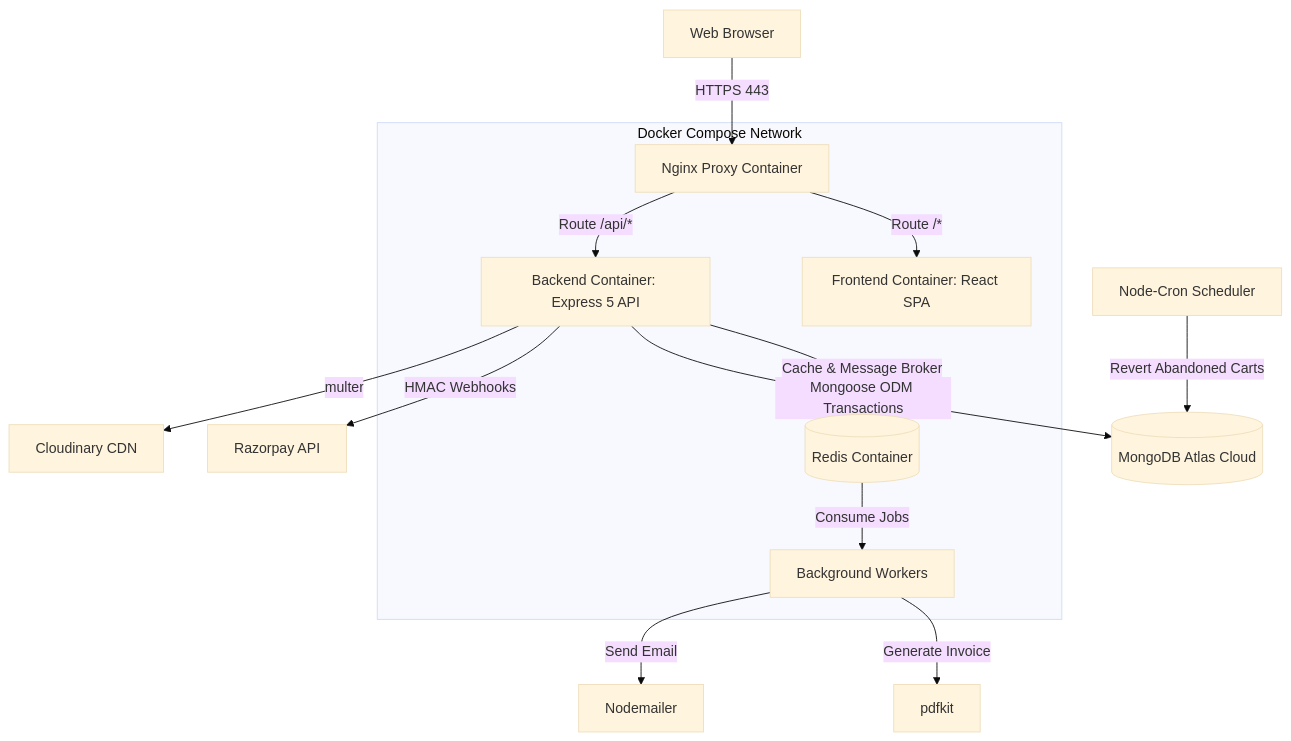
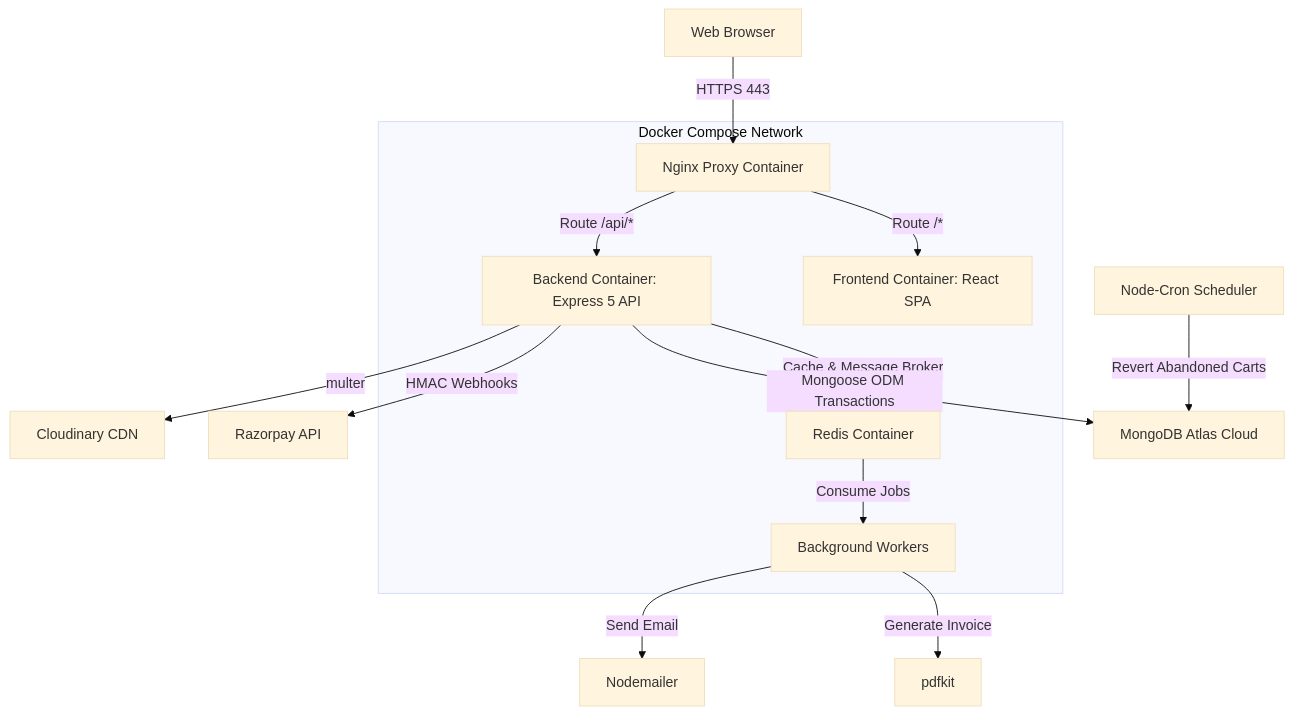
One commit to snmcodes99/MktHub changed the first of 2 diagrams in docs/architecture.md. Above: the diagram before and after it, drawn with Mermaid (base theme). The commit also changed other lines of this file and 2 other files, not shown here.

Commit message:
docs: Completely remove parenthesis and complex shapes from mermaid diagrams for max compatibility

````diff
--- a/docs/architecture.md
+++ b/docs/architecture.md
@@ -14,20 +14,20 @@
 ```mermaid
 graph TD
     Client[Web Browser] -->|HTTPS 443| Nginx[Nginx Proxy Container]
     
     subgraph Docker Compose Network
         Nginx -->|Route /*| Frontend[Frontend Container: React SPA]
         Nginx -->|Route /api/*| API[Backend Container: Express 5 API]
         
-        API -->|Cache & Message Broker| Redis[(Redis Container)]
+        API -->|Cache & Message Broker| Redis[Redis Container]
         Redis -->|Consume Jobs| Workers[Background Workers]
     end
     
     Workers -->|Generate Invoice| PDF[pdfkit]
     Workers -->|Send Email| SMTP[Nodemailer]
     
-    API -->|Mongoose ODM Transactions| DB[(MongoDB Atlas Cloud)]
+    API -->|Mongoose ODM Transactions| DB[MongoDB Atlas Cloud]
     Cron[Node-Cron Scheduler] -->|Revert Abandoned Carts| DB
     API -->|HMAC Webhooks| Razorpay[Razorpay API]
     API -->|multer| Cloudinary[Cloudinary CDN]
 ```
````
